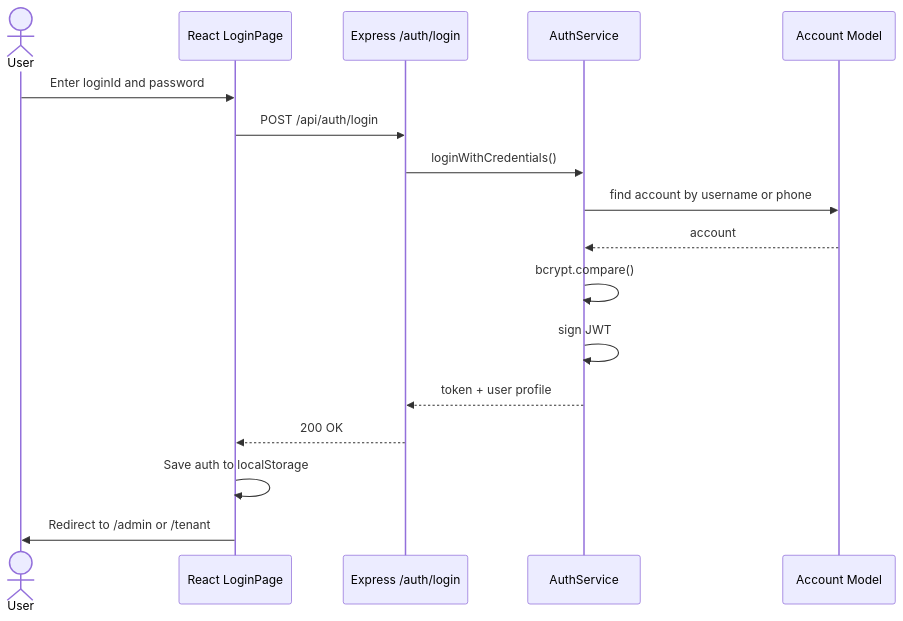
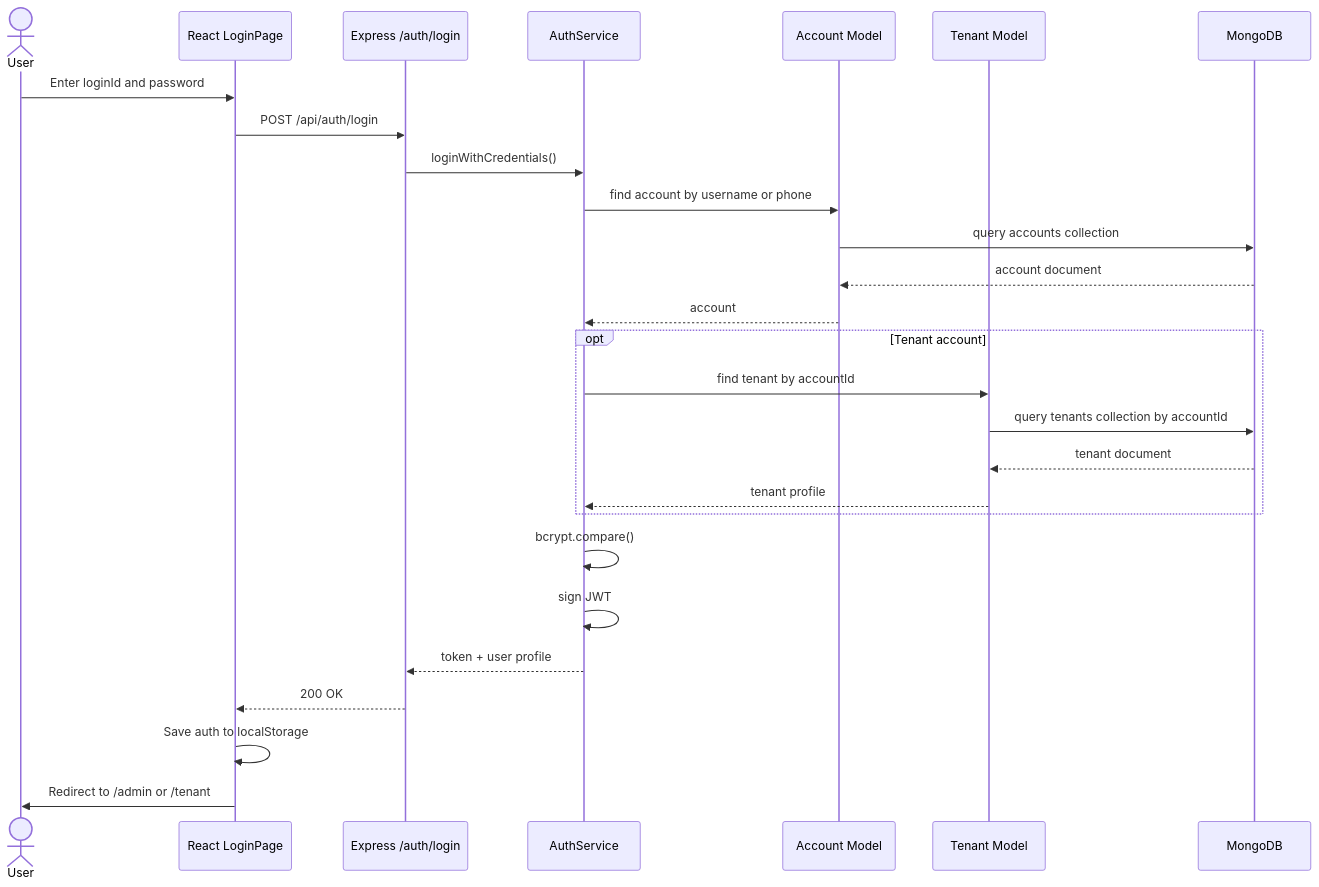
Before and after one commit to datphan3201/room-rental-management-software: diagram 15 of 23 in docs/SYSTEM_REPORT.md, drawn with Mermaid. The commit also changed other lines of this file and 41 other files, not shown here.

````diff
--- a/docs/SYSTEM_REPORT.md
+++ b/docs/SYSTEM_REPORT.md
@@ -1066,20 +1085,30 @@
 ```mermaid
 sequenceDiagram
   actor User
   participant UI as React LoginPage
   participant API as Express /auth/login
   participant AuthSvc as AuthService
   participant Account as Account Model
+  participant TenantModel as Tenant Model
+  participant DB as MongoDB
 
   User->>UI: Enter loginId and password
   UI->>API: POST /api/auth/login
   API->>AuthSvc: loginWithCredentials()
   AuthSvc->>Account: find account by username or phone
+  Account->>DB: query accounts collection
+  DB-->>Account: account document
   Account-->>AuthSvc: account
+  opt Tenant account
+    AuthSvc->>TenantModel: find tenant by accountId
+    TenantModel->>DB: query tenants collection by accountId
+    DB-->>TenantModel: tenant document
+    TenantModel-->>AuthSvc: tenant profile
+  end
   AuthSvc->>AuthSvc: bcrypt.compare()
   AuthSvc->>AuthSvc: sign JWT
   AuthSvc-->>API: token + user profile
   API-->>UI: 200 OK
   UI->>UI: Save auth to localStorage
   UI->>User: Redirect to /admin or /tenant
 ```
````
